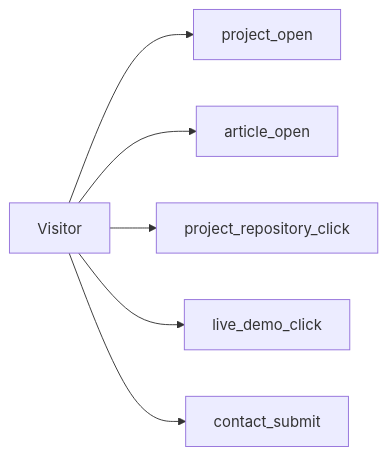
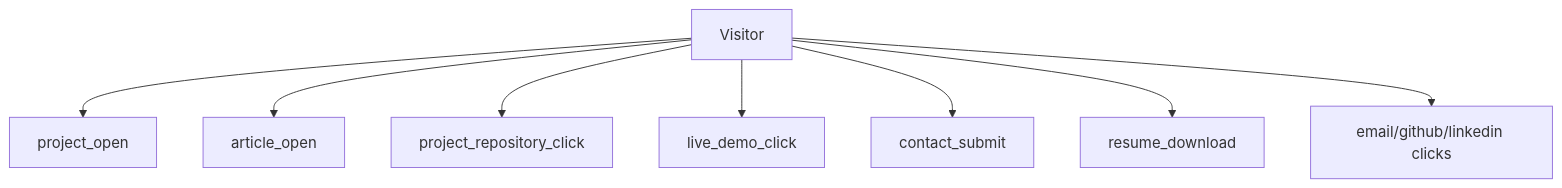
One commit to SidheshwarSarangal/portfoionew changed the fourth of 5 diagrams in docs/SEO_AND_ANALYTICS.md. Above: the diagram before and after it, drawn with Mermaid. The commit also changed other lines of this file and 8 other files, not shown here.

````diff
--- a/docs/SEO_AND_ANALYTICS.md
+++ b/docs/SEO_AND_ANALYTICS.md
@@ -77,8 +66,10 @@
 ```mermaid
-flowchart LR
-  Visitor --> Project[project_open]
+flowchart TD
+  Visitor[Visitor] --> Project[project_open]
   Visitor --> Article[article_open]
   Visitor --> Repo[project_repository_click]
   Visitor --> Demo[live_demo_click]
   Visitor --> Contact[contact_submit]
+  Visitor --> Resume[resume_download]
+  Visitor --> Social[email/github/linkedin clicks]
 ```
````
